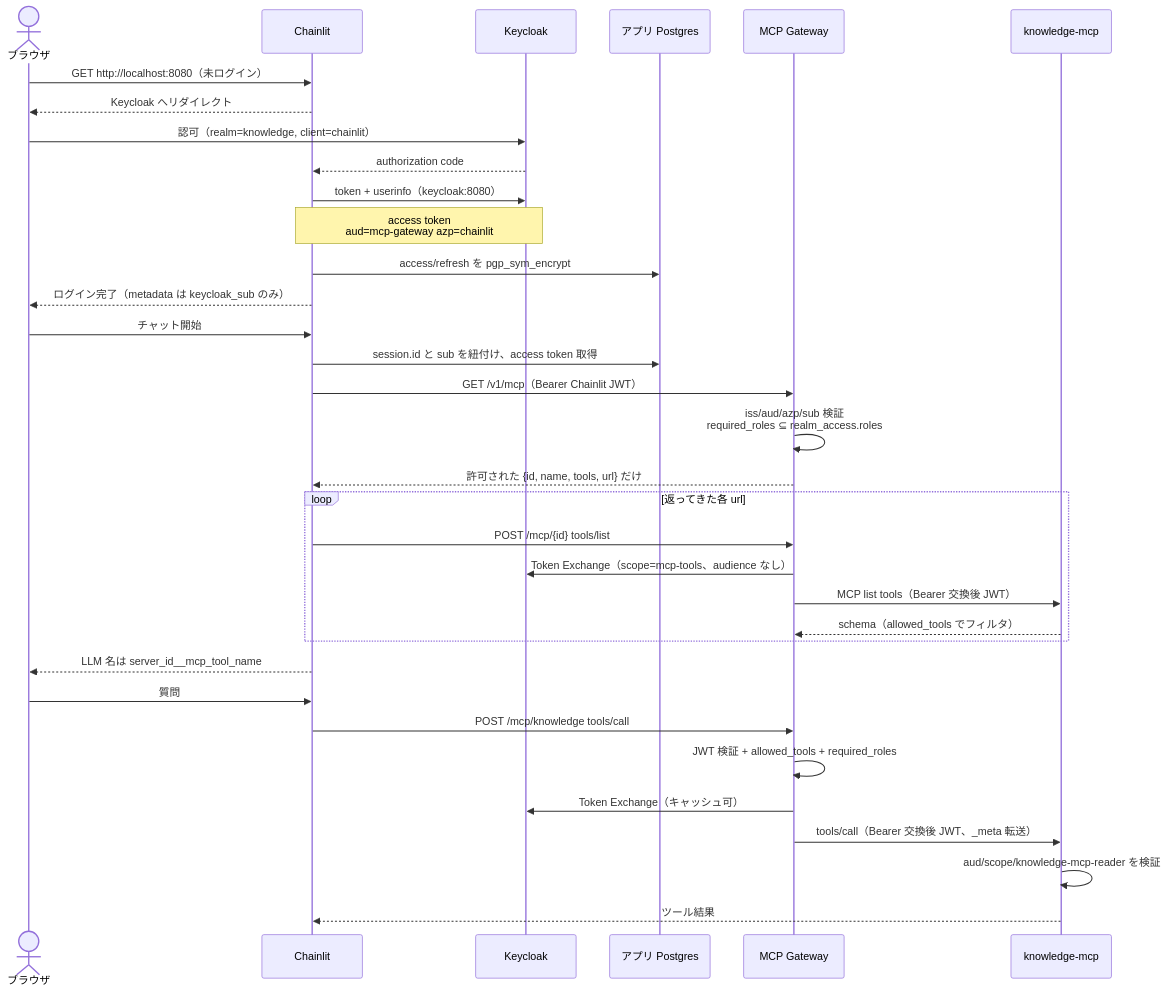
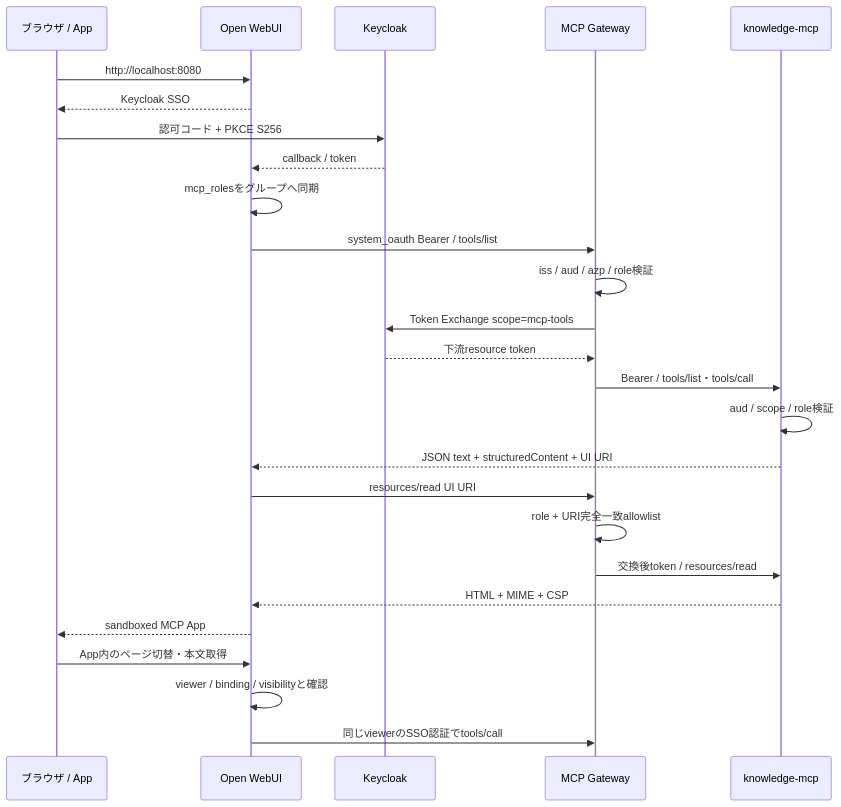
One commit to s-kodani/template-ai-coding changed the diagram in docs/current/features/authentication.md. Above: the diagram before and after it, drawn with Mermaid. The commit also changed other lines of this file and 130 other files, not shown here.

First line of the commit message:
feat: MCP Appsの検索UIを追加してOpen WebUIへ移行

````diff
--- a/docs/current/features/authentication.md
+++ b/docs/current/features/authentication.md
@@ -86,39 +47,28 @@
 ```mermaid
 sequenceDiagram
-    actor User as ブラウザ
-    participant Chainlit
-    participant Keycloak
-    participant PG as アプリ Postgres
-    participant Gateway as MCP Gateway
+    participant Browser as ブラウザ / App
+    participant UI as Open WebUI
+    participant KC as Keycloak
+    participant GW as MCP Gateway
     participant MCP as knowledge-mcp
-
-    User->>Chainlit: GET http://localhost:8080（未ログイン）
-    Chainlit-->>User: Keycloak へリダイレクト
-    User->>Keycloak: 認可（realm=knowledge, client=chainlit）
-    Keycloak-->>Chainlit: authorization code
-    Chainlit->>Keycloak: token + userinfo（keycloak:8080）
-    Note over Keycloak,Chainlit: access token<br/>aud=mcp-gateway azp=chainlit
-    Chainlit->>PG: access/refresh を pgp_sym_encrypt
-    Chainlit-->>User: ログイン完了（metadata は keycloak_sub のみ）
-
-    User->>Chainlit: チャット開始
-    Chainlit->>PG: session.id と sub を紐付け、access token 取得
-    Chainlit->>Gateway: GET /v1/mcp（Bearer Chainlit JWT）
-    Gateway->>Gateway: iss/aud/azp/sub 検証<br/>required_roles ⊆ realm_access.roles
-    Gateway-->>Chainlit: 許可された {id, name, tools, url} だけ
-    loop 返ってきた各 url
-        Chainlit->>Gateway: POST /mcp/{id} tools/list
-        Gateway->>Keycloak: Token Exchange（scope=mcp-tools、audience なし）
-        Gateway->>MCP: MCP list tools（Bearer 交換後 JWT）
-        MCP-->>Gateway: schema（allowed_tools でフィルタ）
-    end
-    Chainlit-->>User: LLM 名は server_id__mcp_tool_name
-
-    User->>Chainlit: 質問
-    Chainlit->>Gateway: POST /mcp/knowledge tools/call
-    Gateway->>Gateway: JWT 検証 + allowed_tools + required_roles
-    Gateway->>Keycloak: Token Exchange（キャッシュ可）
-    Gateway->>MCP: tools/call（Bearer 交換後 JWT、_meta 転送）
-    MCP->>MCP: aud/scope/knowledge-mcp-reader を検証
-    MCP-->>Chainlit: ツール結果
+    Browser->>UI: http://localhost:8080
+    UI-->>Browser: Keycloak SSO
+    Browser->>KC: 認可コード + PKCE S256
+    KC-->>UI: callback / token
+    UI->>UI: mcp_rolesをグループへ同期
+    UI->>GW: system_oauth Bearer / tools/list
+    GW->>GW: iss / aud / azp / role検証
+    GW->>KC: Token Exchange scope=mcp-tools
+    KC-->>GW: 下流resource token
+    GW->>MCP: Bearer / tools/list・tools/call
+    MCP->>MCP: aud / scope / role検証
+    MCP-->>UI: JSON text + structuredContent + UI URI
+    UI->>GW: resources/read UI URI
+    GW->>GW: role + URI完全一致allowlist
+    GW->>MCP: 交換後token / resources/read
+    MCP-->>UI: HTML + MIME + CSP
+    UI-->>Browser: sandboxed MCP App
+    Browser->>UI: App内のページ切替・本文取得
+    UI->>UI: viewer / binding / visibilityと確認
+    UI->>GW: 同じviewerのSSO認証でtools/call
 ```
````
